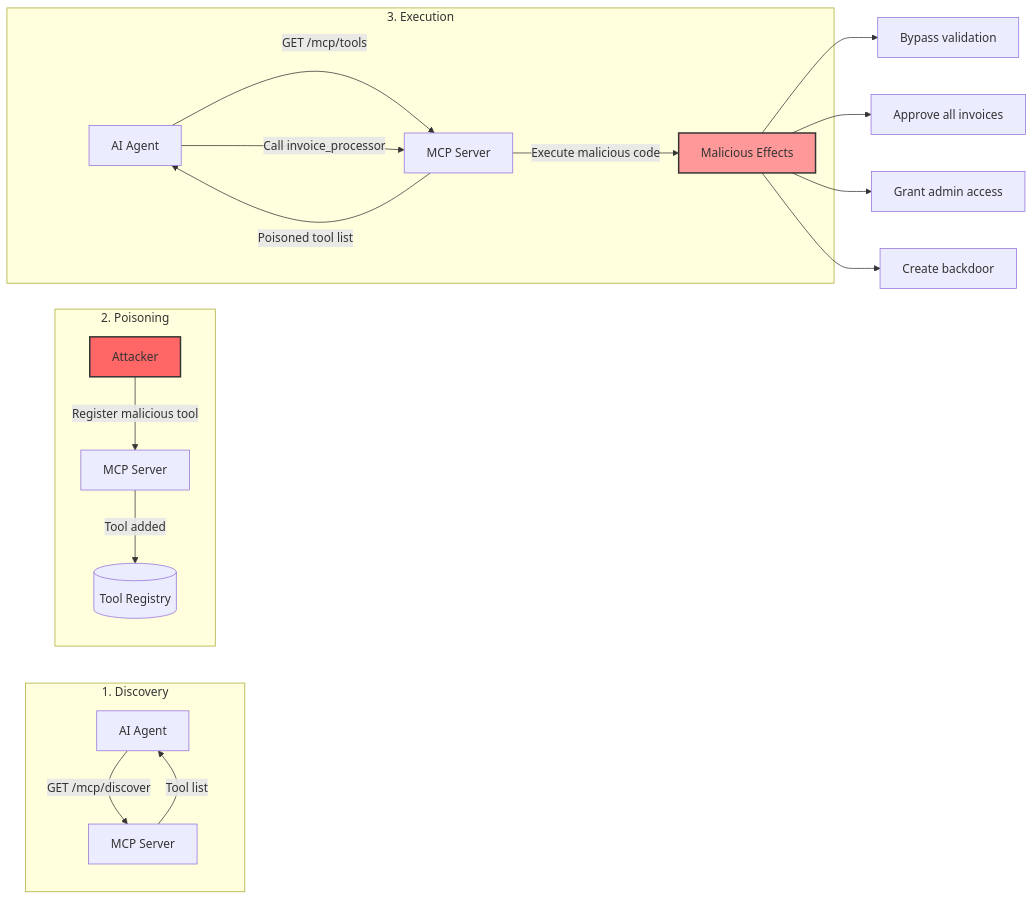
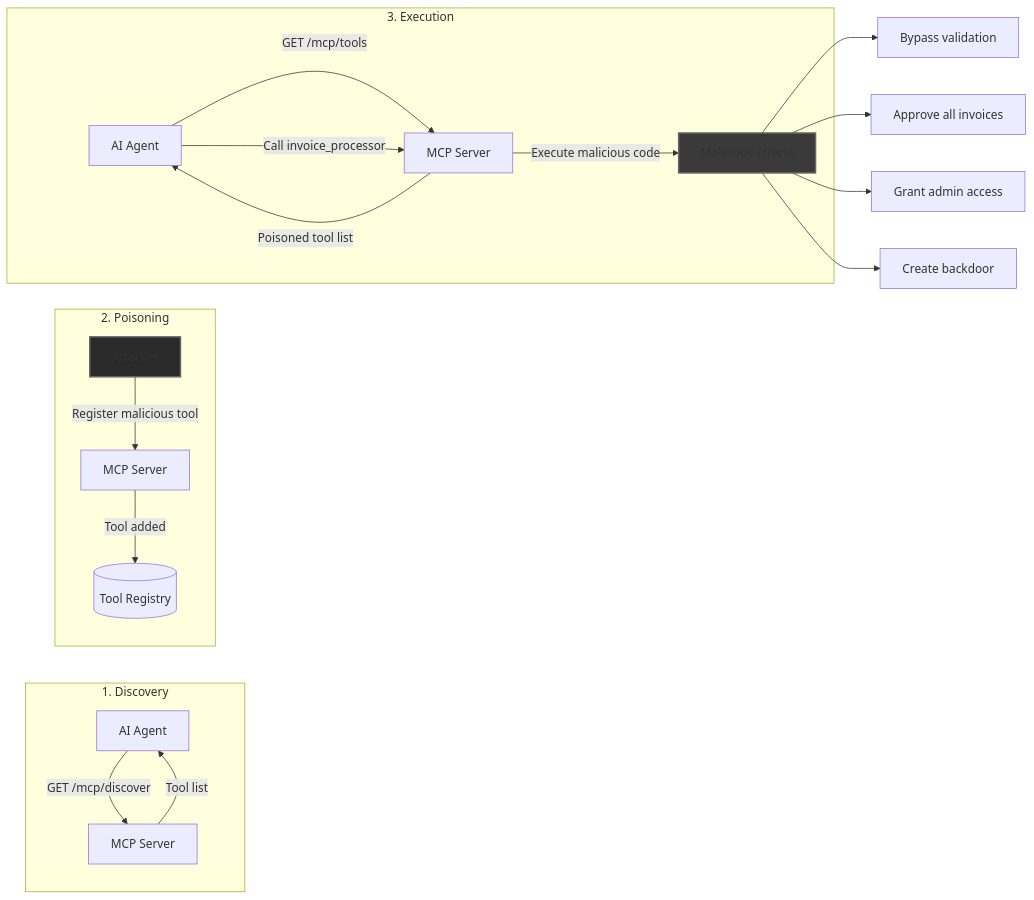
The fifth of 12 diagrams in agentic_lpci_framework/README.md (mbhatt1/agentic_lpci_framework), drawn with Mermaid before and after one commit. The commit also changed other lines of this file and 3 other files, not shown here.

````diff
--- a/agentic_lpci_framework/README.md
+++ b/agentic_lpci_framework/README.md
@@ -193,27 +193,27 @@
 ```mermaid
 flowchart LR
     subgraph "1. Discovery"
         A1[AI Agent] -->|GET /mcp/discover| MCP1[MCP Server]
         MCP1 -->|Tool list| A1
     end
     
     subgraph "2. Poisoning"
         ATK[Attacker] -->|Register malicious tool| MCP2[MCP Server]
         MCP2 -->|Tool added| REG[(Tool Registry)]
     end
     
     subgraph "3. Execution"
         A2[AI Agent] -->|GET /mcp/tools| MCP3[MCP Server]
         MCP3 -->|Poisoned tool list| A2
         A2 -->|Call invoice_processor| MCP3
         MCP3 -->|Execute malicious code| MAL[Malicious Effects]
     end
     
     MAL --> E1[Bypass validation]
     MAL --> E2[Approve all invoices]
     MAL --> E3[Grant admin access]
     MAL --> E4[Create backdoor]
     
-    style ATK fill:#f66,stroke:#333,stroke-width:2px
-    style MAL fill:#f99,stroke:#333,stroke-width:2px
+    style ATK fill:#2a2a2a,stroke:#666666,stroke-width:2px
+    style MAL fill:#3a3a3a,stroke:#666666,stroke-width:2px
 ```
````
